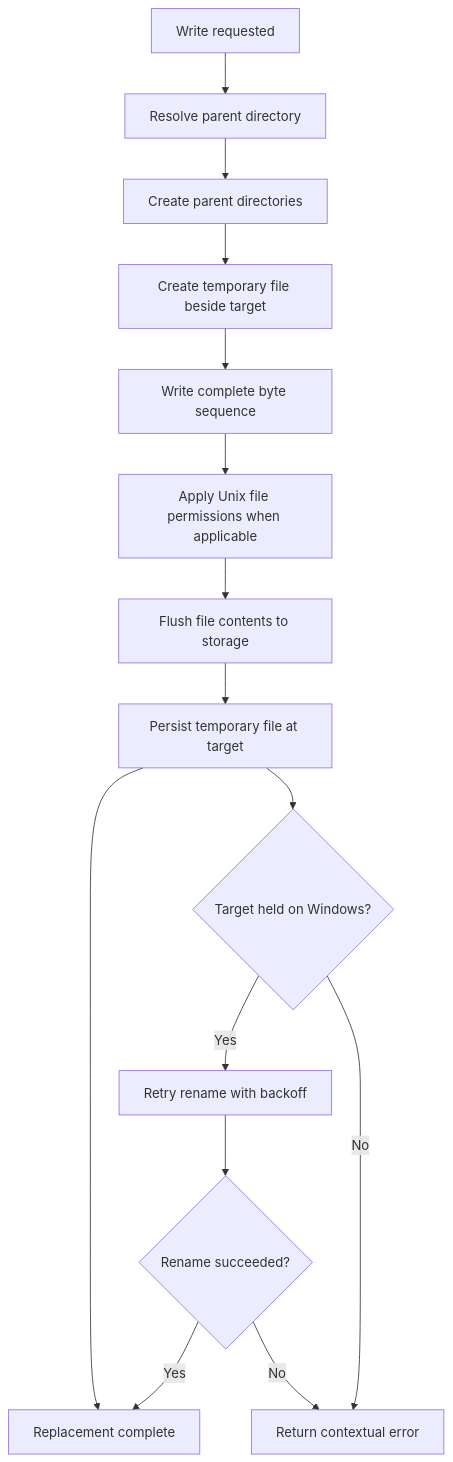
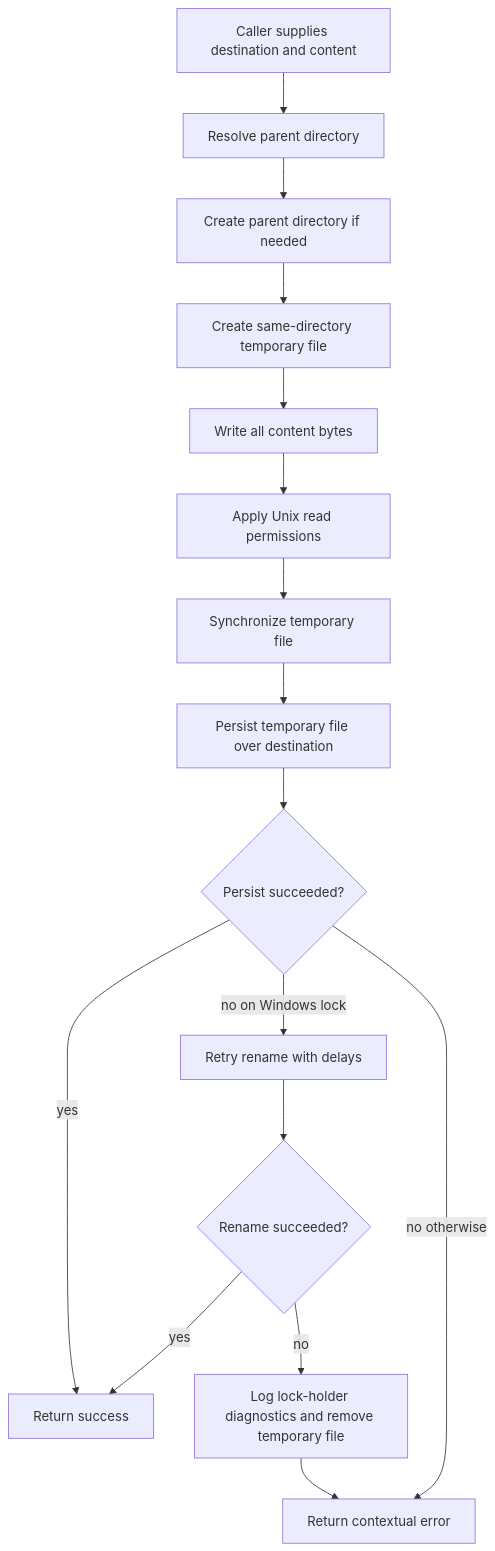
One commit to flamingo-stack/openframe-oss-tenant changed the second of 4 diagrams in docs/reference/architecture/openframe-client-core/utils-fs/utils-fs.md. Above: the diagram before and after it, drawn with Mermaid. The commit also changed other lines of this file and 2377 other files, not shown here.

````diff
--- a/docs/reference/architecture/openframe-client-core/utils-fs/utils-fs.md
+++ b/docs/reference/architecture/openframe-client-core/utils-fs/utils-fs.md
@@ -65,17 +52,18 @@
 ```mermaid
 flowchart TD
-    Begin["Write requested"] --> Parent["Resolve parent directory"]
-    Parent --> Directory["Create parent directories"]
-    Directory --> Temp["Create temporary file beside target"]
-    Temp --> Bytes["Write complete byte sequence"]
-    Bytes --> Permissions["Apply Unix file permissions when applicable"]
-    Permissions --> Flush["Flush file contents to storage"]
-    Flush --> Persist["Persist temporary file at target"]
-    Persist --> Success["Replacement complete"]
-    Persist --> Held{"Target held on Windows?"}
-    Held -->|"Yes"| Retry["Retry rename with backoff"]
-    Retry --> RetryDone{"Rename succeeded?"}
-    RetryDone -->|"Yes"| Success
-    RetryDone -->|"No"| Error["Return contextual error"]
-    Held -->|"No"| Error
+    Start["Caller supplies destination and content"] --> Parent["Resolve parent directory"]
+    Parent --> Ensure["Create parent directory if needed"]
+    Ensure --> Temp["Create same-directory temporary file"]
+    Temp --> Write["Write all content bytes"]
+    Write --> Permissions["Apply Unix read permissions"]
+    Permissions --> Sync["Synchronize temporary file"]
+    Sync --> Persist["Persist temporary file over destination"]
+    Persist --> Success{"Persist succeeded?"}
+    Success -->|"yes"| Complete["Return success"]
+    Success -->|"no on Windows lock"| Retry["Retry rename with delays"]
+    Success -->|"no otherwise"| Failure["Return contextual error"]
+    Retry --> RetryResult{"Rename succeeded?"}
+    RetryResult -->|"yes"| Complete
+    RetryResult -->|"no"| Diagnose["Log lock-holder diagnostics and remove temporary file"]
+    Diagnose --> Failure
 ```
````
